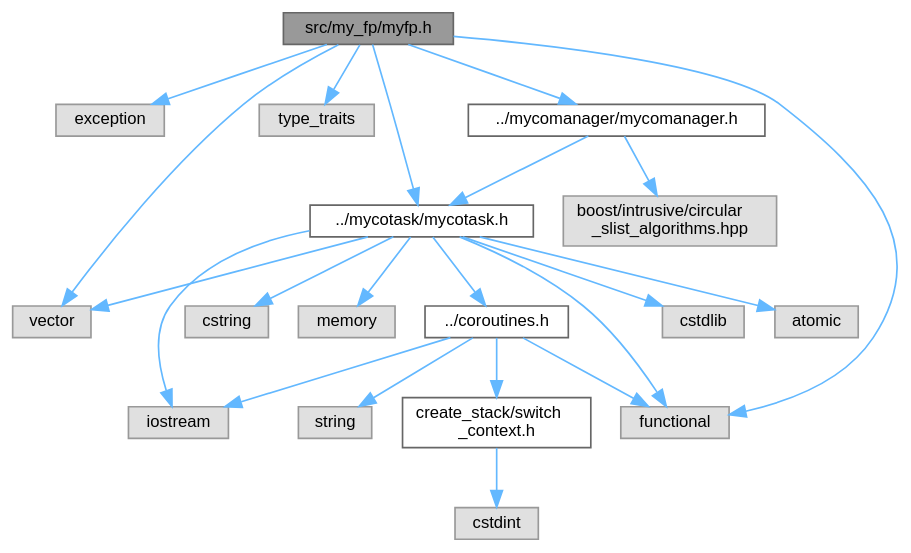
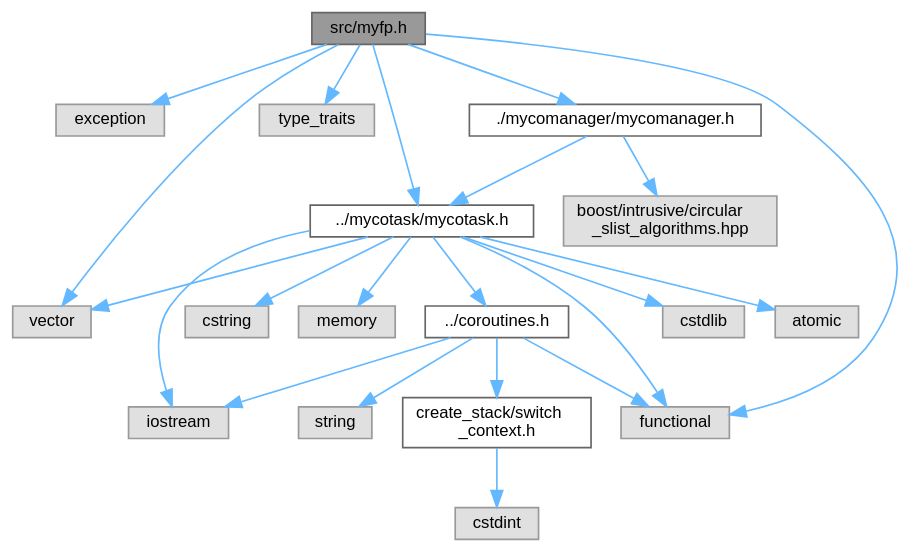
The diagram in myfp_8h__incl.dot (lalkaman1981/coroutins), drawn with Graphviz before and after one commit. The commit also changed 34 other files, not shown here.

```diff
--- a/myfp_8h__incl.dot
+++ b/myfp_8h__incl.dot
@@ -1,45 +1,45 @@
-digraph "src/my_fp/myfp.h"
+digraph "src/myfp.h"
 {
  // LATEX_PDF_SIZE
   bgcolor="transparent";
   edge [fontname=Helvetica,fontsize=10,labelfontname=Helvetica,labelfontsize=10];
   node [fontname=Helvetica,fontsize=10,shape=box,height=0.2,width=0.4];
-  Node1 [id="Node000001",label="src/my_fp/myfp.h",height=0.2,width=0.4,color="gray40", fillcolor="grey60", style="filled", fontcolor="black",tooltip=" "];
+  Node1 [id="Node000001",label="src/myfp.h",height=0.2,width=0.4,color="gray40", fillcolor="grey60", style="filled", fontcolor="black",tooltip=" "];
   Node1 -> Node2 [id="edge1_Node000001_Node000002",color="steelblue1",style="solid",tooltip=" "];
   Node2 [id="Node000002",label="exception",height=0.2,width=0.4,color="grey60", fillcolor="#E0E0E0", style="filled",tooltip=" "];
   Node1 -> Node3 [id="edge2_Node000001_Node000003",color="steelblue1",style="solid",tooltip=" "];
   Node3 [id="Node000003",label="functional",height=0.2,width=0.4,color="grey60", fillcolor="#E0E0E0", style="filled",tooltip=" "];
   Node1 -> Node4 [id="edge3_Node000001_Node000004",color="steelblue1",style="solid",tooltip=" "];
   Node4 [id="Node000004",label="type_traits",height=0.2,width=0.4,color="grey60", fillcolor="#E0E0E0", style="filled",tooltip=" "];
   Node1 -> Node5 [id="edge4_Node000001_Node000005",color="steelblue1",style="solid",tooltip=" "];
   Node5 [id="Node000005",label="vector",height=0.2,width=0.4,color="grey60", fillcolor="#E0E0E0", style="filled",tooltip=" "];
   Node1 -> Node6 [id="edge5_Node000001_Node000006",color="steelblue1",style="solid",tooltip=" "];
-  Node6 [id="Node000006",label="../mycomanager/mycomanager.h",height=0.2,width=0.4,color="grey40", fillcolor="white", style="filled",URL="$mycomanager_8h.html",tooltip=" "];
+  Node6 [id="Node000006",label="./mycomanager/mycomanager.h",height=0.2,width=0.4,color="grey40", fillcolor="white", style="filled",URL="$mycomanager_8h.html",tooltip=" "];
   Node6 -> Node7 [id="edge6_Node000006_Node000007",color="steelblue1",style="solid",tooltip=" "];
   Node7 [id="Node000007",label="../mycotask/mycotask.h",height=0.2,width=0.4,color="grey40", fillcolor="white", style="filled",URL="$mycotask_8h.html",tooltip=" "];
   Node7 -> Node8 [id="edge7_Node000007_Node000008",color="steelblue1",style="solid",tooltip=" "];
   Node8 [id="Node000008",label="atomic",height=0.2,width=0.4,color="grey60", fillcolor="#E0E0E0", style="filled",tooltip=" "];
   Node7 -> Node9 [id="edge8_Node000007_Node000009",color="steelblue1",style="solid",tooltip=" "];
   Node9 [id="Node000009",label="cstring",height=0.2,width=0.4,color="grey60", fillcolor="#E0E0E0", style="filled",tooltip=" "];
   Node7 -> Node10 [id="edge9_Node000007_Node000010",color="steelblue1",style="solid",tooltip=" "];
   Node10 [id="Node000010",label="memory",height=0.2,width=0.4,color="grey60", fillcolor="#E0E0E0", style="filled",tooltip=" "];
   Node7 -> Node5 [id="edge10_Node000007_Node000005",color="steelblue1",style="solid",tooltip=" "];
   Node7 -> Node11 [id="edge11_Node000007_Node000011",color="steelblue1",style="solid",tooltip=" "];
   Node11 [id="Node000011",label="../coroutines.h",height=0.2,width=0.4,color="grey40", fillcolor="white", style="filled",URL="$coroutines_8h.html",tooltip=" "];
   Node11 -> Node3 [id="edge12_Node000011_Node000003",color="steelblue1",style="solid",tooltip=" "];
   Node11 -> Node12 [id="edge13_Node000011_Node000012",color="steelblue1",style="solid",tooltip=" "];
   Node12 [id="Node000012",label="iostream",height=0.2,width=0.4,color="grey60", fillcolor="#E0E0E0", style="filled",tooltip=" "];
   Node11 -> Node13 [id="edge14_Node000011_Node000013",color="steelblue1",style="solid",tooltip=" "];
   Node13 [id="Node000013",label="string",height=0.2,width=0.4,color="grey60", fillcolor="#E0E0E0", style="filled",tooltip=" "];
   Node11 -> Node14 [id="edge15_Node000011_Node000014",color="steelblue1",style="solid",tooltip=" "];
   Node14 [id="Node000014",label="create_stack/switch\l_context.h",height=0.2,width=0.4,color="grey40", fillcolor="white", style="filled",URL="$switch__context_8h.html",tooltip=" "];
   Node14 -> Node15 [id="edge16_Node000014_Node000015",color="steelblue1",style="solid",tooltip=" "];
   Node15 [id="Node000015",label="cstdint",height=0.2,width=0.4,color="grey60", fillcolor="#E0E0E0", style="filled",tooltip=" "];
   Node7 -> Node16 [id="edge17_Node000007_Node000016",color="steelblue1",style="solid",tooltip=" "];
   Node16 [id="Node000016",label="cstdlib",height=0.2,width=0.4,color="grey60", fillcolor="#E0E0E0", style="filled",tooltip=" "];
   Node7 -> Node3 [id="edge18_Node000007_Node000003",color="steelblue1",style="solid",tooltip=" "];
   Node7 -> Node12 [id="edge19_Node000007_Node000012",color="steelblue1",style="solid",tooltip=" "];
   Node6 -> Node17 [id="edge20_Node000006_Node000017",color="steelblue1",style="solid",tooltip=" "];
   Node17 [id="Node000017",label="boost/intrusive/circular\l_slist_algorithms.hpp",height=0.2,width=0.4,color="grey60", fillcolor="#E0E0E0", style="filled",tooltip=" "];
   Node1 -> Node7 [id="edge21_Node000001_Node000007",color="steelblue1",style="solid",tooltip=" "];
 }
```
